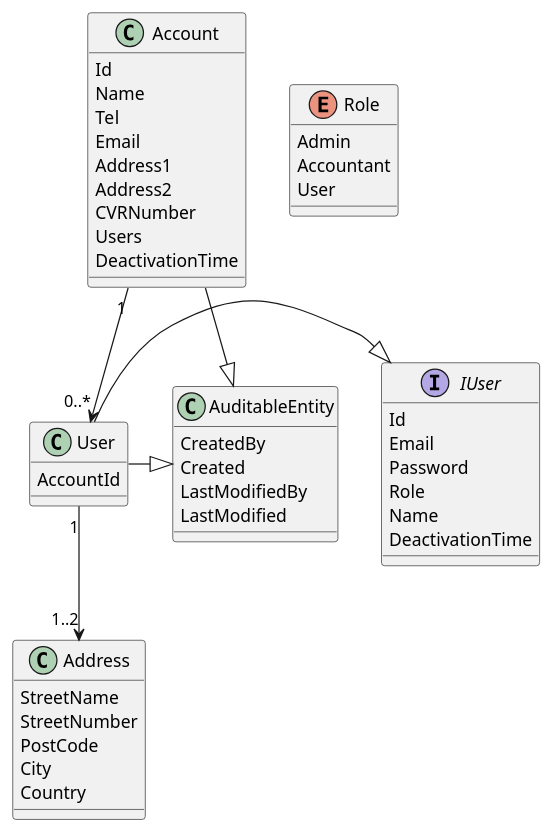
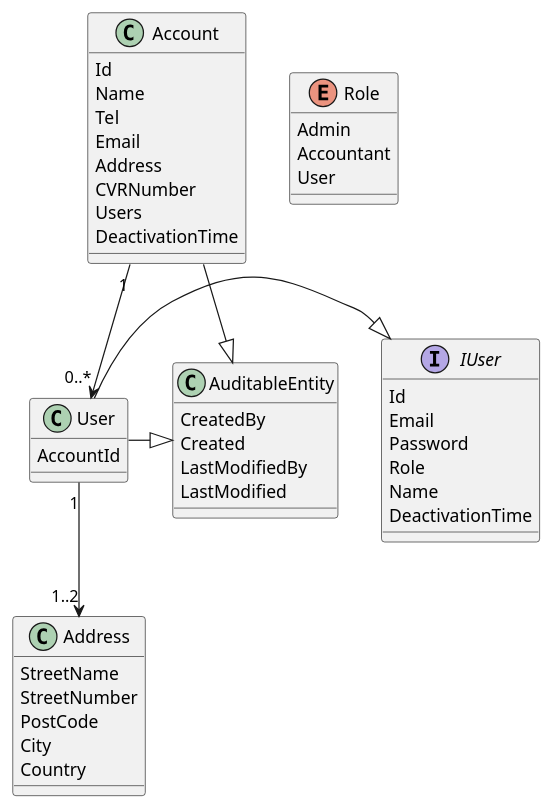
One commit to IT-Minds/client_dansk-gartneri_indberetning changed the diagram in docs/entity-datamodel.md. Above: the diagram before and after it, drawn with PlantUML.

Commit message:
Update markdown file to reflect changes

```diff
--- a/docs/entity-datamodel.md
+++ b/docs/entity-datamodel.md
@@ -1,55 +1,54 @@
 @startuml
 
 class AuditableEntity {
   CreatedBy
   Created
   LastModifiedBy
   LastModified
 }
 
 interface IUser {
   Id
   Email
   Password
   Role
   Name
   DeactivationTime
 }
 
 class Account {
   Id
   Name
   Tel
   Email
-  Address1
-  Address2
+  Address
   CVRNumber
   Users
   DeactivationTime
 }
 
 class User {
   AccountId
 }
 
 enum Role {
   Admin
   Accountant
   User
 }
 
 class Address {
   StreetName
   StreetNumber
   PostCode
   City
   Country
 }
 
 User -|> IUser
 User -|> AuditableEntity
 Account -|> AuditableEntity
 Account "1"-->"0..*" User
 User "1"-->"1..2" Address
 
 @enduml
```
